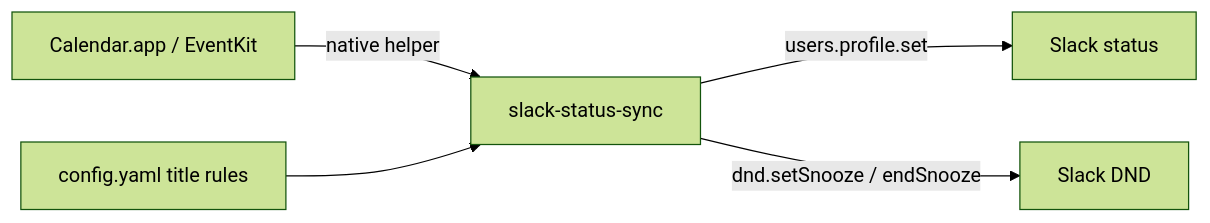
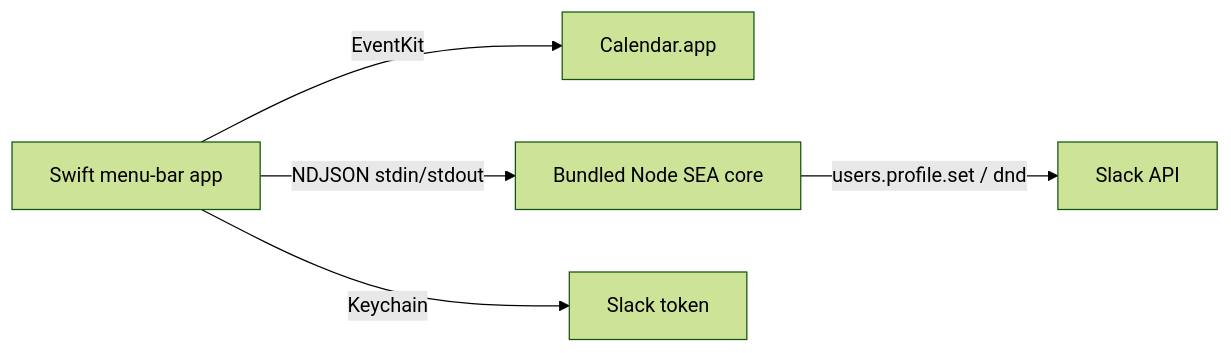
Before and after one commit to adamjhc/pennant: the diagram in README.md, drawn with Mermaid (forest theme). The commit also changed other lines of this file and 53 other files, not shown here.

````diff
--- a/README.md
+++ b/README.md
@@ -11,7 +135,7 @@
 ```mermaid
 flowchart LR
-  CalendarApp[Calendar.app / EventKit] -->|native helper| Sync[slack-status-sync]
-  Config[config.yaml title rules] --> Sync
-  Sync -->|users.profile.set| SlackStatus[Slack status]
-  Sync -->|dnd.setSnooze / endSnooze| SlackDnd[Slack DND]
+  MenuBar[Swift menu-bar app] -->|EventKit| Calendar[Calendar.app]
+  MenuBar -->|NDJSON stdin/stdout| Sidecar[Bundled Node SEA core]
+  Sidecar -->|users.profile.set / dnd| Slack[Slack API]
+  MenuBar -->|Keychain| Token[Slack token]
 ```
````
